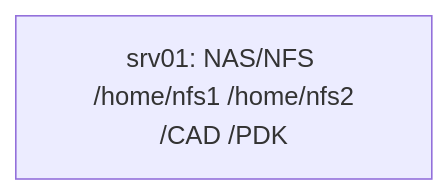
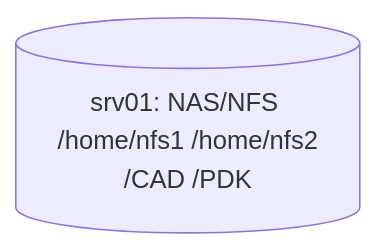
The first of 2 diagrams in wiki/wiki-it.md (silicon-vlsi/silicon-vlsi.github.io), drawn with Mermaid before and after one commit.

````diff
--- a/wiki/wiki-it.md
+++ b/wiki/wiki-it.md
@@ -1287,5 +1287,5 @@
 ```mermaid
 graph TD;
 
-  srv01[srv01: NAS/NFS <br/> /home/nfs1 /home/nfs2 /CAD /PDK ];
+  srv01[(srv01: NAS/NFS <br/> /home/nfs1 /home/nfs2 /CAD /PDK )];
 ```
````
